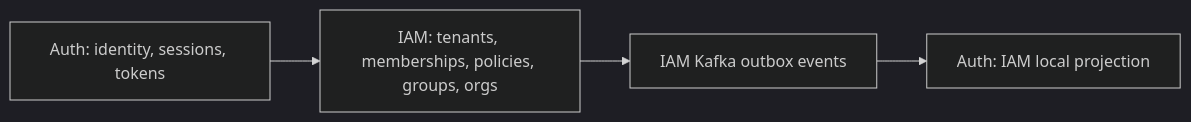
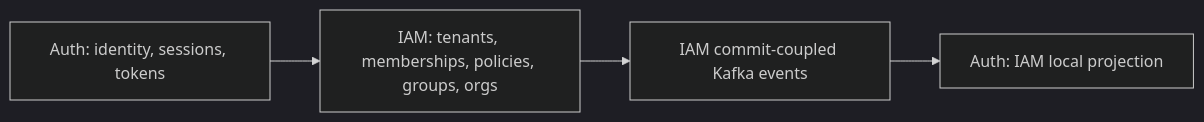
One commit to tuannm99/podzone changed the second of 4 diagrams in docs/architecture/bounded-contexts.md. Above: the diagram before and after it, drawn with Mermaid (dark theme). The commit also changed 15 other files, not shown here.

````diff
--- a/docs/architecture/bounded-contexts.md
+++ b/docs/architecture/bounded-contexts.md
@@ -28,11 +28,11 @@
 ```mermaid
 flowchart LR
     AuthIdentity["Auth: identity, sessions, tokens"]
     AuthProjection["Auth: IAM local projection"]
     IAMCore["IAM: tenants, memberships, policies, groups, orgs"]
-    IAMEvents["IAM Kafka outbox events"]
+    IAMEvents["IAM commit-coupled Kafka events"]
 
     IAMCore --> IAMEvents
     IAMEvents --> AuthProjection
     AuthIdentity --> IAMCore
 ```
````
